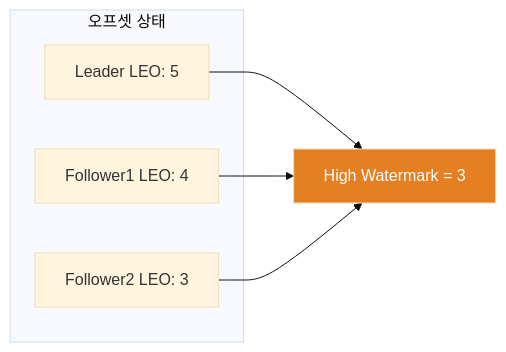
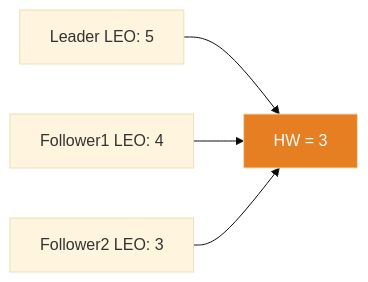
The third of 8 diagrams in _posts/kafka/2026-05-01-kafka-replication.md (yjkim2015/yjkim2015.github.io), drawn with Mermaid (base theme) before and after one commit. The commit also changed other lines of this file and 155 other files, not shown here.

First line of the commit message:
Mermaid 전면 수정: subgraph 제거, participant/노드/줄수 축소 (342블록)

````diff
--- a/_posts/kafka/2026-05-01-kafka-replication.md
+++ b/_posts/kafka/2026-05-01-kafka-replication.md
@@ -83,13 +83,7 @@
 ```mermaid
 graph LR
-    subgraph "오프셋 상태"
-        L["Leader LEO: 5"]
-        F1["Follower1 LEO: 4"]
-        F2["Follower2 LEO: 3"]
-    end
-    HW["High Watermark = 3"]
-    L --> HW
-    F1 --> HW
-    F2 --> HW
+    L["Leader LEO: 5"] --> HW["HW = 3"]
+    F1["Follower1 LEO: 4"] --> HW
+    F2["Follower2 LEO: 3"] --> HW
     style HW fill:#e67e22,color:#fff
 ```
````
